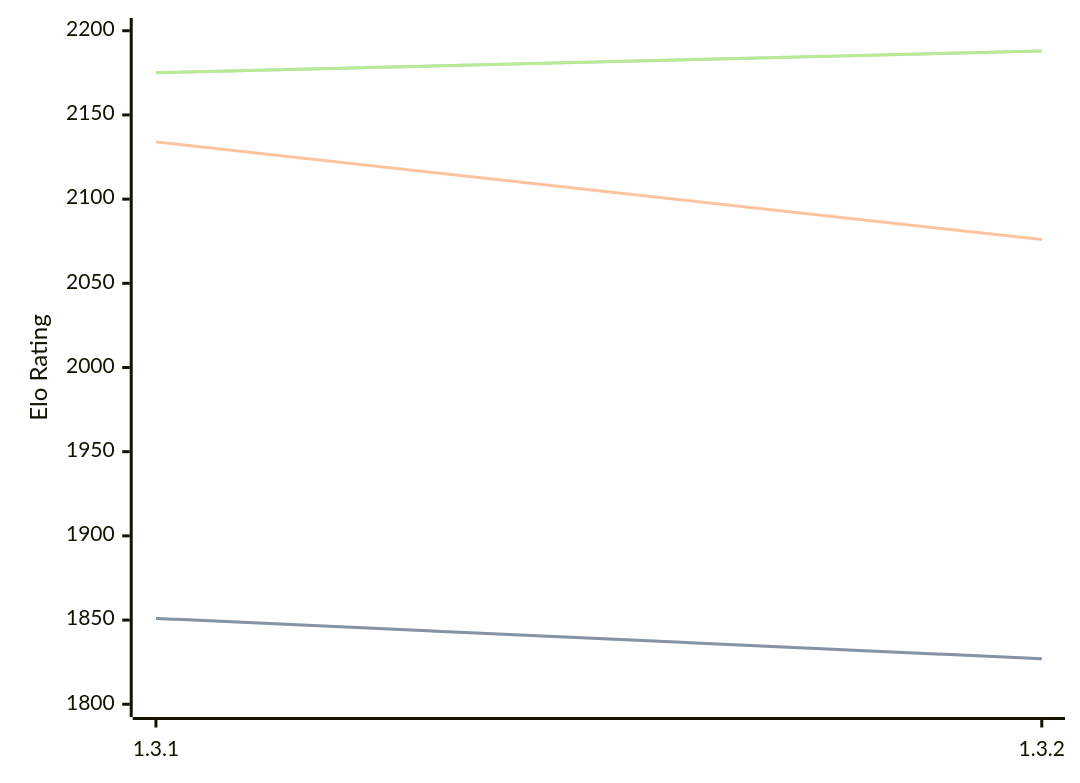
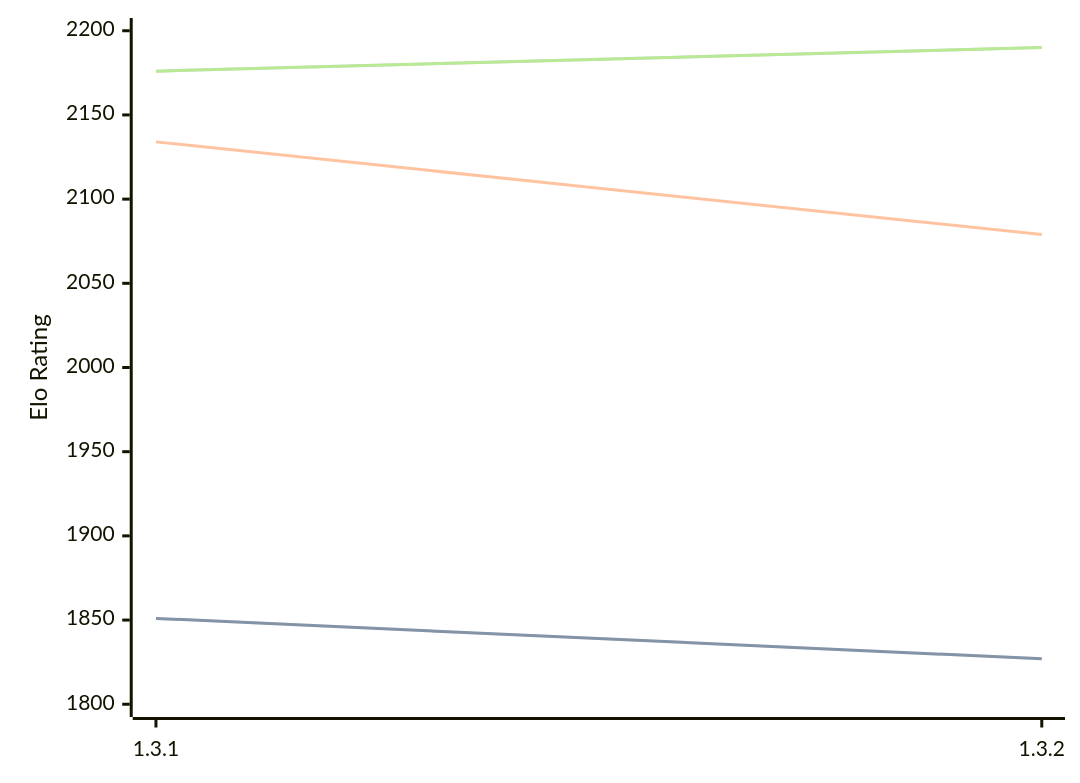
The first of 3 diagrams in engines/Zugblitz.md (computer-chess-index/cci), drawn with Mermaid before and after one commit. The commit also changed other lines of this file, not shown here.

Commit message:
Update CCI Ratings (ELO VLTC) - 2026-07-08

````diff
--- a/engines/Zugblitz.md
+++ b/engines/Zugblitz.md
@@ -32,11 +32,11 @@
 ```mermaid
 %%{init: {"theme":"base","themeVariables":{"seriesColors:['#a3a3a3','#222221','#faa371']}}}%%
 xychart-beta
   x-axis ["1.3.1", "1.3.2"]
   y-axis "Elo Rating" 1800 --> 2200
   line "STC (8.0+0.08s)" [1851, 1827]
   line "STC (8.0+0.08s)" [1851, 1827]
-  line "LTC (60.0+0.60s)" [2134, 2076]
-  line "VLTC (2m24s+1.12s)" [2175, 2188]
-  line "VLTC (2m24s+1.12s)" [2175, 2188]
+  line "LTC (60.0+0.60s)" [2134, 2079]
+  line "VLTC (2m24s+1.12s)" [2176, 2190]
+  line "VLTC (2m24s+1.12s)" [2176, 2190]
 ```
````
